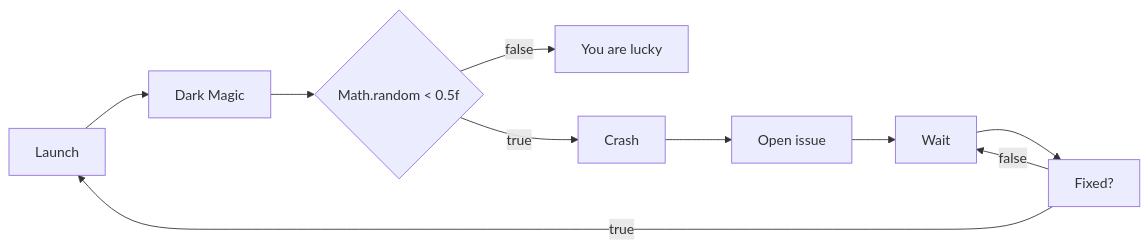
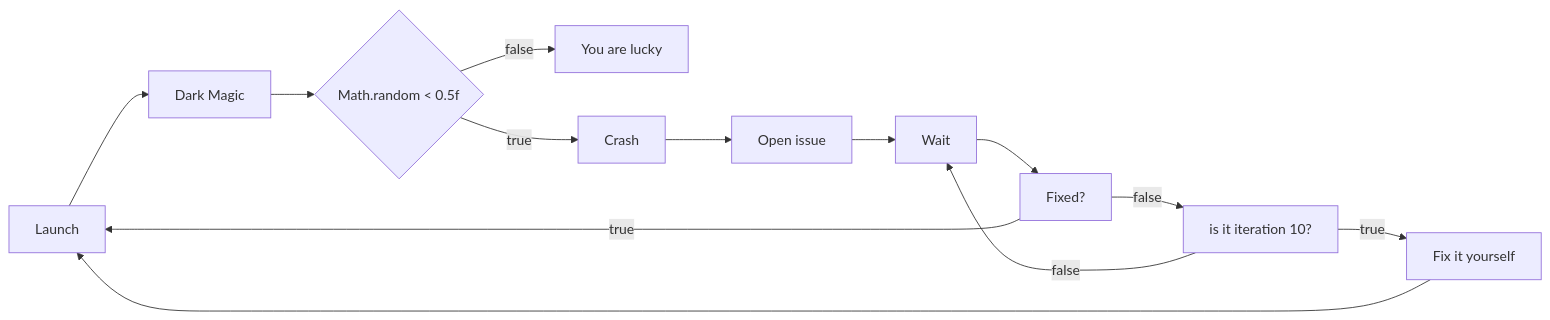
The diagram in README.md (kirbodevv/S.A.U.W.-), drawn with Mermaid before and after one commit.

Commit message:
- readme update

````diff
--- a/README.md
+++ b/README.md
@@ -21,10 +21,11 @@
 ```mermaid
 flowchart LR
   A[Launch] --> B[Dark Magic];
   B --> C{Math.random < 0.5f};
   C --false--> E[You are lucky];
   C --true--> D[Crash];
   D --> F[Open issue] --> G[Wait] --> H[Fixed?];
   H --true--> A;
-  H --false--> G;
+  H --false--> I[is it iteration 10?] --false--> G;
+  I --true--> J[Fix it yourself] --> A;
 ```
````
